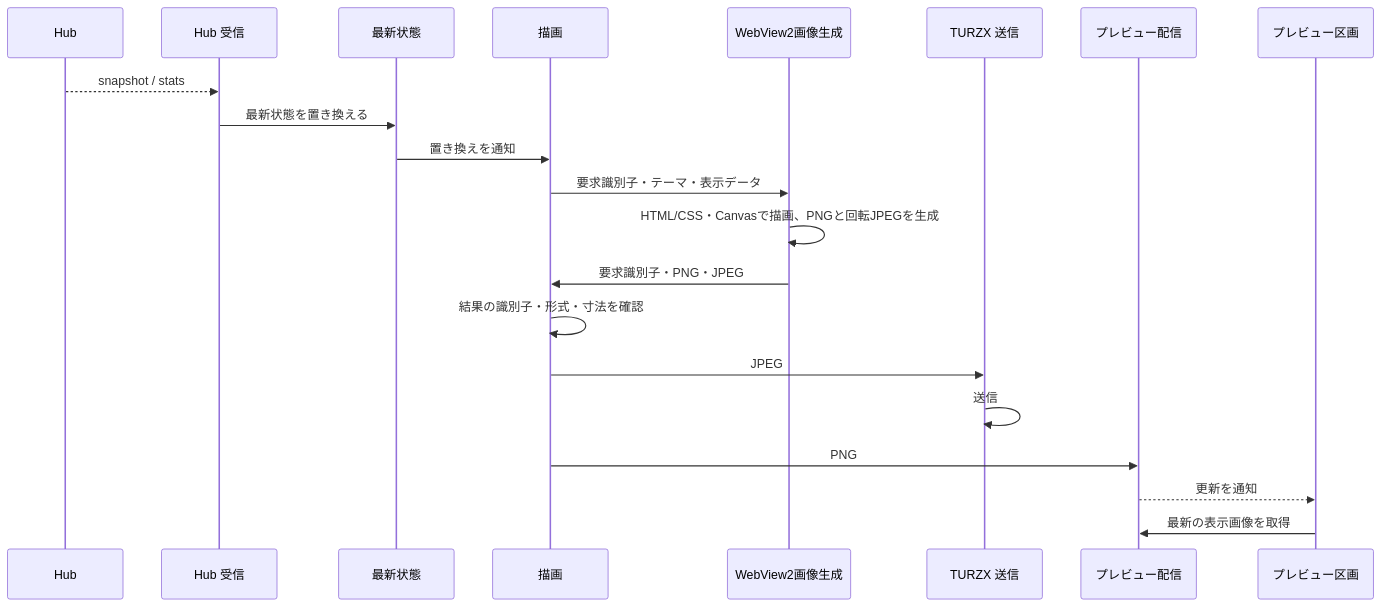
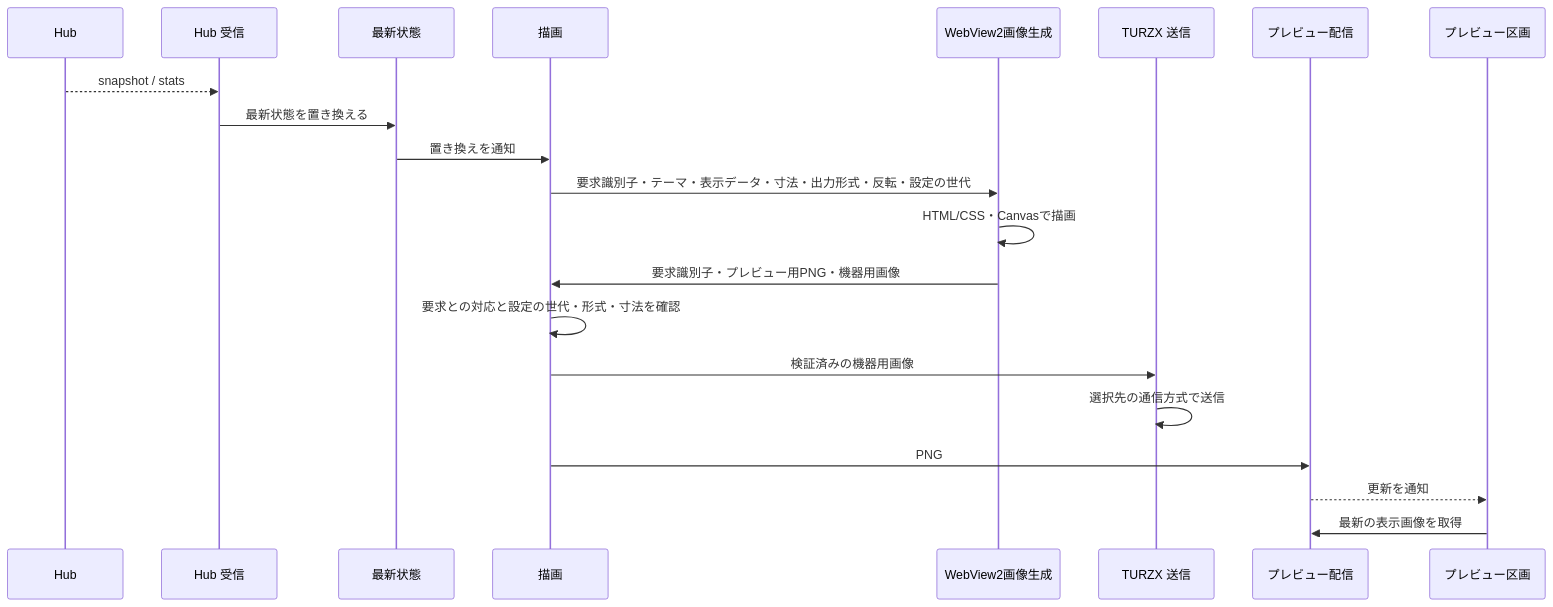
One commit to nuitsjp/token-dashboard changed the diagram in docs/design/UCP-1.md. Above: the diagram before and after it, drawn with Mermaid. The commit also changed other lines of this file and 118 other files, not shown here.

````diff
--- a/docs/design/UCP-1.md
+++ b/docs/design/UCP-1.md
@@ -24,23 +24,23 @@
 ```mermaid
 sequenceDiagram
   participant Hub as Hub
   participant R as Hub 受信
   participant St as 最新状態
   participant D as 描画
   participant C as WebView2画像生成
   participant T as TURZX 送信
   participant P as プレビュー配信
   participant UI as プレビュー区画
   Hub-->>R: snapshot / stats
   R->>St: 最新状態を置き換える
   St->>D: 置き換えを通知
-  D->>C: 要求識別子・テーマ・表示データ
-  C->>C: HTML/CSS・Canvasで描画、PNGと回転JPEGを生成
-  C->>D: 要求識別子・PNG・JPEG
-  D->>D: 結果の識別子・形式・寸法を確認
-  D->>T: JPEG
-  T->>T: 送信
+  D->>C: 要求識別子・テーマ・表示データ・寸法・出力形式・反転・設定の世代
+  C->>C: HTML/CSS・Canvasで描画
+  C->>D: 要求識別子・プレビュー用PNG・機器用画像
+  D->>D: 要求との対応と設定の世代・形式・寸法を確認
+  D->>T: 検証済みの機器用画像
+  T->>T: 選択先の通信方式で送信
   D->>P: PNG
   P-->>UI: 更新を通知
   UI->>P: 最新の表示画像を取得
 ```
````
